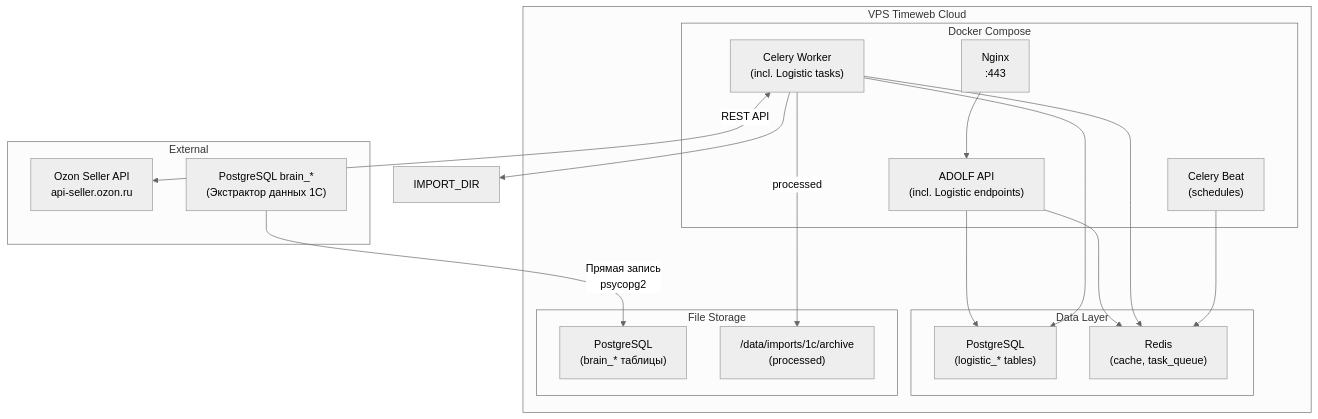
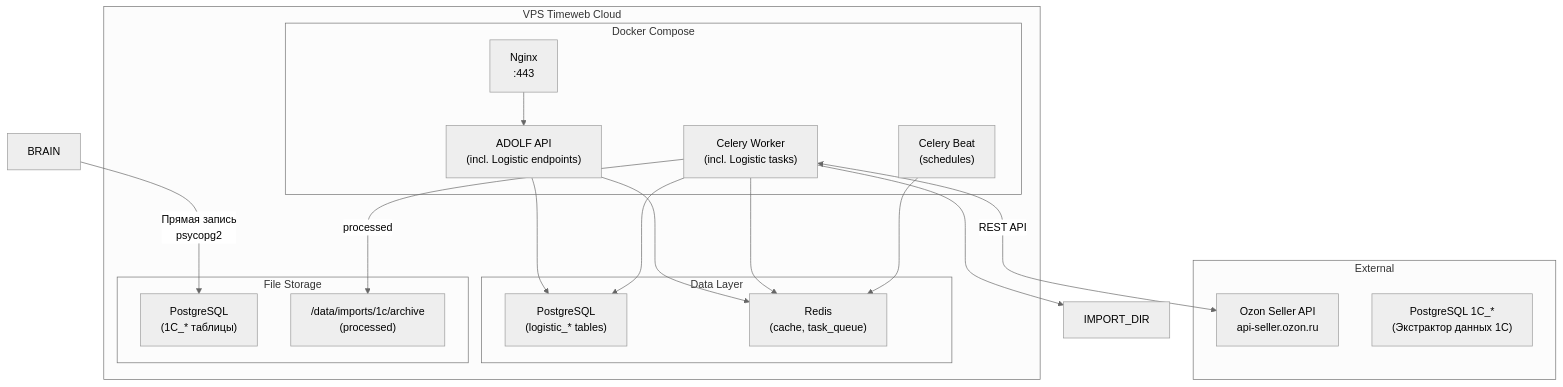
Before and after one commit to Sign25/Docs: diagram 11 of 11 in logistic/adolf_logistic_1_architecture.md, drawn with Mermaid (neutral theme). The commit also changed other lines of this file, not shown here.

Commit message:
refactor(logistic): rename brain_* -> 1C_*, update A1 links to 1cexport

````diff
--- a/logistic/adolf_logistic_1_architecture.md
+++ b/logistic/adolf_logistic_1_architecture.md
@@ -746,37 +746,37 @@
 ```mermaid
 graph TB
     subgraph VPS["VPS Timeweb Cloud"]
         subgraph DOCKER["Docker Compose"]
             NGINX["Nginx<br/>:443"]
             API["ADOLF API<br/>(incl. Logistic endpoints)"]
             CELERY_W["Celery Worker<br/>(incl. Logistic tasks)"]
             CELERY_B["Celery Beat<br/>(schedules)"]
         end
         
         subgraph DATA["Data Layer"]
             PG["PostgreSQL<br/>(logistic_* tables)"]
             REDIS["Redis<br/>(cache, task_queue)"]
         end
         
         subgraph FILES["File Storage"]
-            PG_DB["PostgreSQL<br/>(brain_* таблицы)"]
+            PG_DB["PostgreSQL<br/>(1C_* таблицы)"]
             ARCHIVE_DIR["/data/imports/1c/archive<br/>(processed)"]
         end
     end
     
     subgraph EXTERNAL["External"]
         OZON["Ozon Seller API<br/>api-seller.ozon.ru"]
-        BRAIN["PostgreSQL brain_*<br/>(Экстрактор данных 1С)"]
+        ONEC["PostgreSQL 1C_*<br/>(Экстрактор данных 1С)"]
     end
     
     NGINX --> API
     API --> PG & REDIS
     
     CELERY_W --> PG & REDIS
     CELERY_B --> REDIS
     CELERY_W --> IMPORT_DIR
     CELERY_W -->|processed| ARCHIVE_DIR
     
     CELERY_W <-->|REST API| OZON
     BRAIN -->|"Прямая запись<br/>psycopg2"| PG_DB
 ```
````
